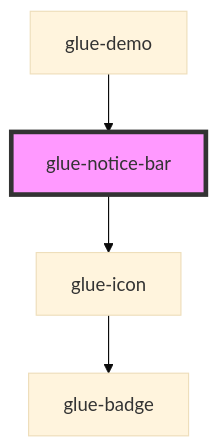
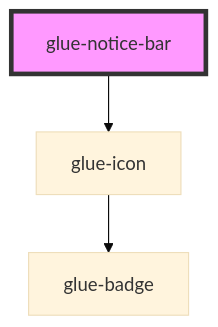
Before and after one commit to grasilife/glue: the diagram in packages/glue-components/src/components/glue-notice-bar/readme.md, drawn with Mermaid (base theme). The commit also changed other lines of this file and 21 other files, not shown here.

````diff
--- a/packages/glue-components/src/components/glue-notice-bar/readme.md
+++ b/packages/glue-components/src/components/glue-notice-bar/readme.md
@@ -43,7 +39,6 @@
 ```mermaid
 graph TD;
   glue-notice-bar --> glue-icon
   glue-icon --> glue-badge
-  glue-demo --> glue-notice-bar
   style glue-notice-bar fill:#f9f,stroke:#333,stroke-width:4px
 ```
````
